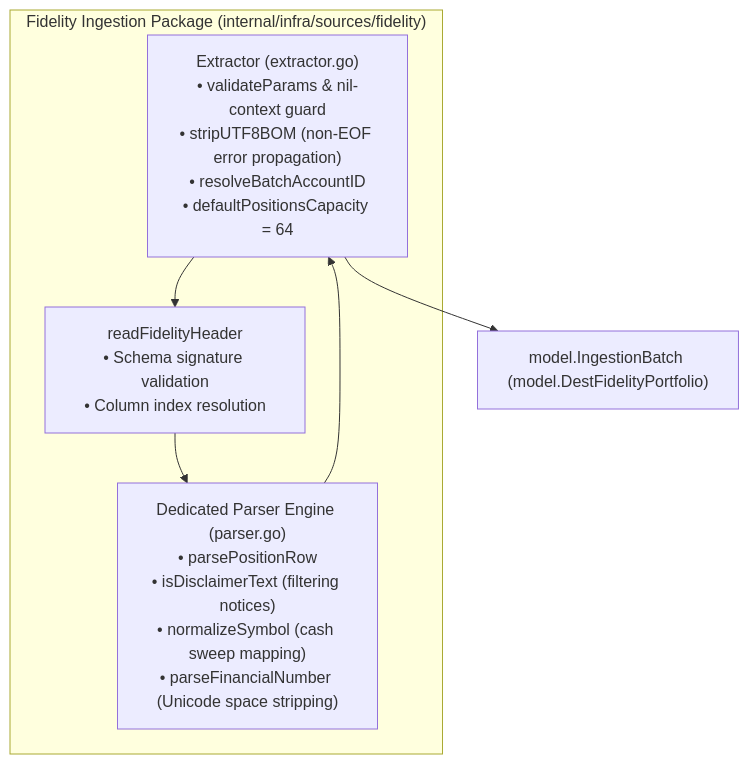
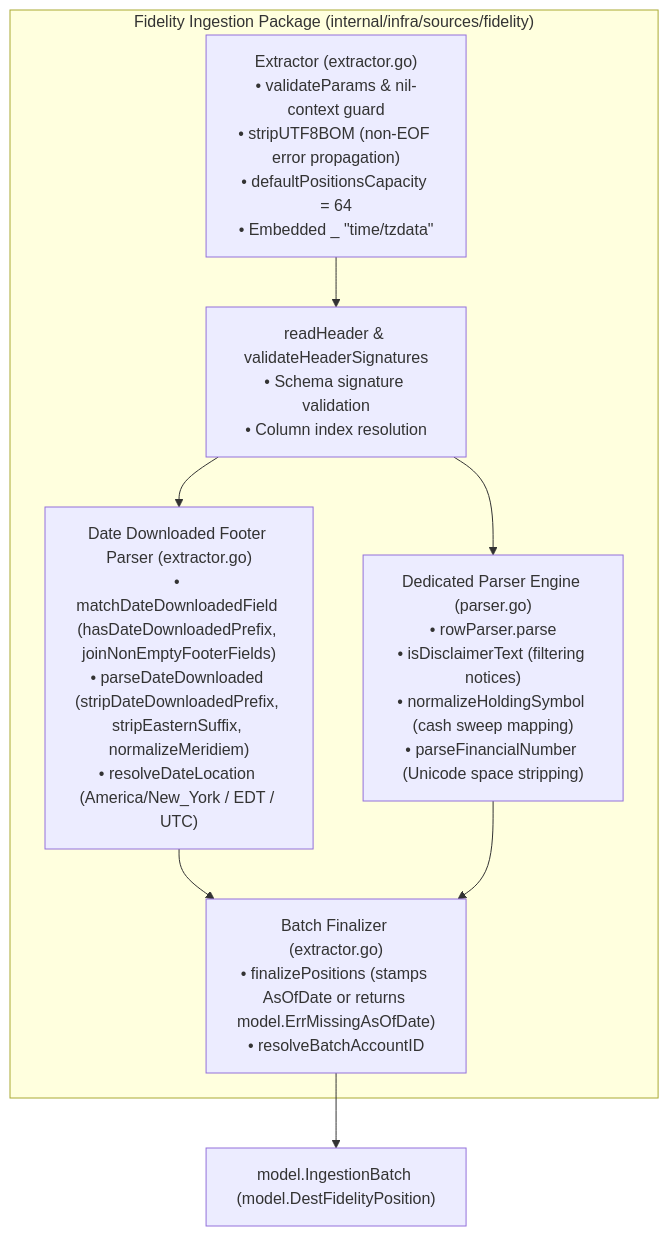
One commit to ajponte/babylon_data_loader changed the diagram in docs/specs/architecture/fidelity-adapter.md. Above: the diagram before and after it, drawn with Mermaid. The commit also changed other lines of this file and 12 other files, not shown here.

Commit message:
feat(sources): fidelity snapshot date AsOfDate and Date downloaded footer parsing (Phase 2D) (#56)

````diff
--- a/docs/specs/architecture/fidelity-adapter.md
+++ b/docs/specs/architecture/fidelity-adapter.md
@@ -11,13 +11,17 @@
 ```mermaid
 flowchart TD
     subgraph FidelityPkg ["Fidelity Ingestion Package (internal/infra/sources/fidelity)"]
-        EXT["Extractor (extractor.go)<br/>• validateParams & nil-context guard<br/>• stripUTF8BOM (non-EOF error propagation)<br/>• resolveBatchAccountID<br/>• defaultPositionsCapacity = 64"]
-        HDR["readFidelityHeader<br/>• Schema signature validation<br/>• Column index resolution"]
-        PRS["Dedicated Parser Engine (parser.go)<br/>• parsePositionRow<br/>• isDisclaimerText (filtering notices)<br/>• normalizeSymbol (cash sweep mapping)<br/>• parseFinancialNumber (Unicode space stripping)"]
+        EXT["Extractor (extractor.go)<br/>• validateParams & nil-context guard<br/>• stripUTF8BOM (non-EOF error propagation)<br/>• defaultPositionsCapacity = 64<br/>• Embedded _ &quot;time/tzdata&quot;"]
+        HDR["readHeader & validateHeaderSignatures<br/>• Schema signature validation<br/>• Column index resolution"]
+        FTR["Date Downloaded Footer Parser (extractor.go)<br/>• matchDateDownloadedField (hasDateDownloadedPrefix, joinNonEmptyFooterFields)<br/>• parseDateDownloaded (stripDateDownloadedPrefix, stripEasternSuffix, normalizeMeridiem)<br/>• resolveDateLocation (America/New_York / EDT / UTC)"]
+        PRS["Dedicated Parser Engine (parser.go)<br/>• rowParser.parse<br/>• isDisclaimerText (filtering notices)<br/>• normalizeHoldingSymbol (cash sweep mapping)<br/>• parseFinancialNumber (Unicode space stripping)"]
+        FIN["Batch Finalizer (extractor.go)<br/>• finalizePositions (stamps AsOfDate or returns model.ErrMissingAsOfDate)<br/>• resolveBatchAccountID"]
     end
 
     EXT --> HDR
+    HDR --> FTR
     HDR --> PRS
-    PRS --> EXT
-    EXT --> BATCH["model.IngestionBatch (model.DestFidelityPortfolio)"]
+    FTR --> FIN
+    PRS --> FIN
+    FIN --> BATCH["model.IngestionBatch (model.DestFidelityPosition)"]
 ```
````
